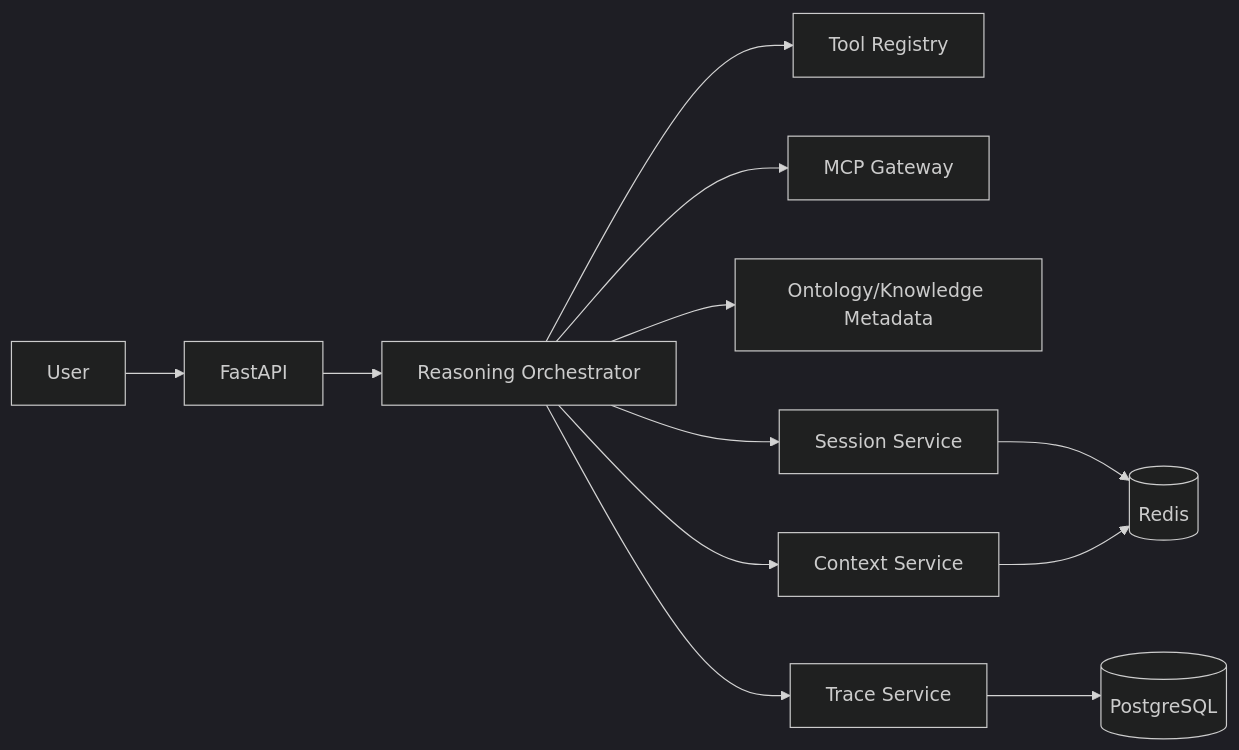
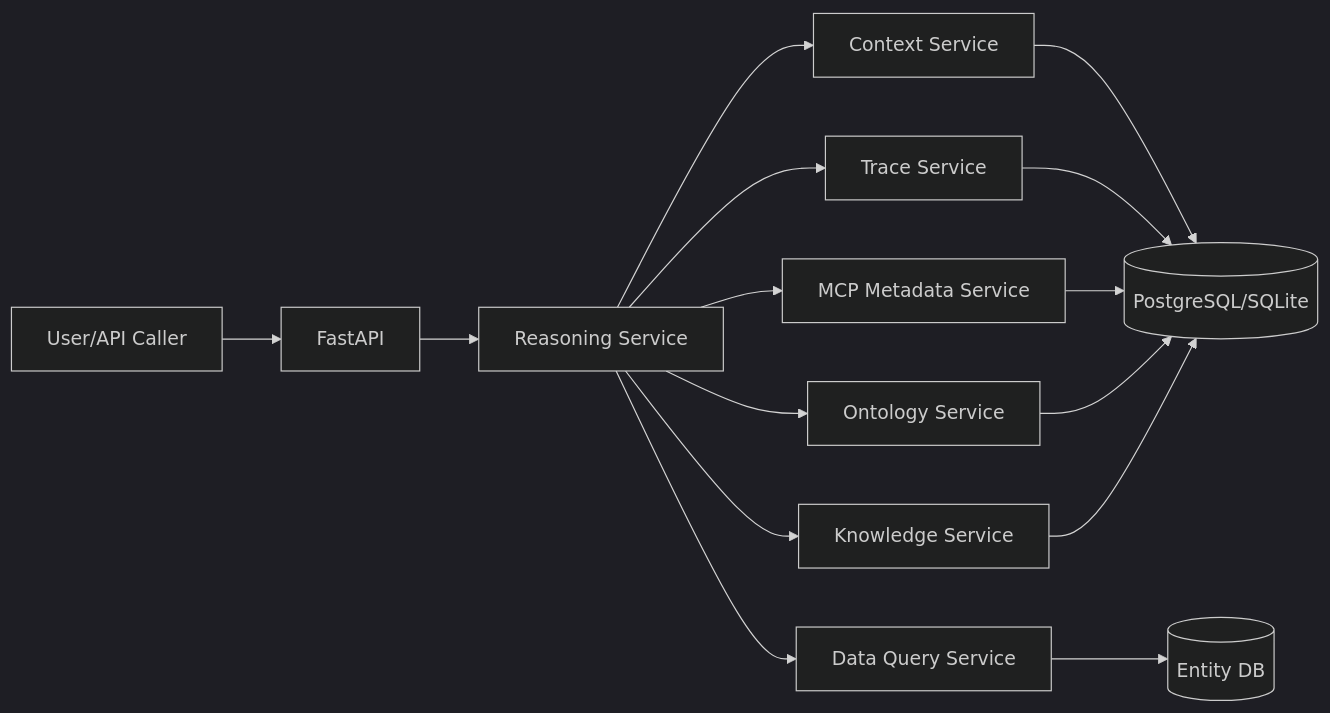
Before and after one commit to NatsumeWeiXia/Project_TheWorld: the diagram in Docs/M2/Project_TheWorld_M2详细设计文档.md, drawn with Mermaid (dark theme). The commit also changed other lines of this file and 25 other files, not shown here.

````diff
--- a/Docs/M2/Project_TheWorld_M2详细设计文档.md
+++ b/Docs/M2/Project_TheWorld_M2详细设计文档.md
@@ -41,14 +56,17 @@
 ```mermaid
 flowchart LR
-U[User] --> API[FastAPI]
-API --> ORCH[Reasoning Orchestrator]
-ORCH --> TR[Tool Registry]
-ORCH --> MCP[MCP Gateway]
-ORCH --> O[Ontology/Knowledge Metadata]
-ORCH --> SS[Session Service]
+U[User/API Caller] --> API[FastAPI]
+API --> ORCH[Reasoning Service]
+ORCH --> MM[MCP Metadata Service]
+ORCH --> O[Ontology Service]
+ORCH --> K[Knowledge Service]
+ORCH --> DS[Data Query Service]
+ORCH --> TS[Trace Service]
 ORCH --> CS[Context Service]
-ORCH --> TS[Trace Service]
-SS --> REDIS[(Redis)]
-CS --> REDIS
-TS --> PG[(PostgreSQL)]
+CS --> DB[(PostgreSQL/SQLite)]
+TS --> DB
+MM --> DB
+O --> DB
+K --> DB
+DS --> EDB[(Entity DB)]
 ```
````
